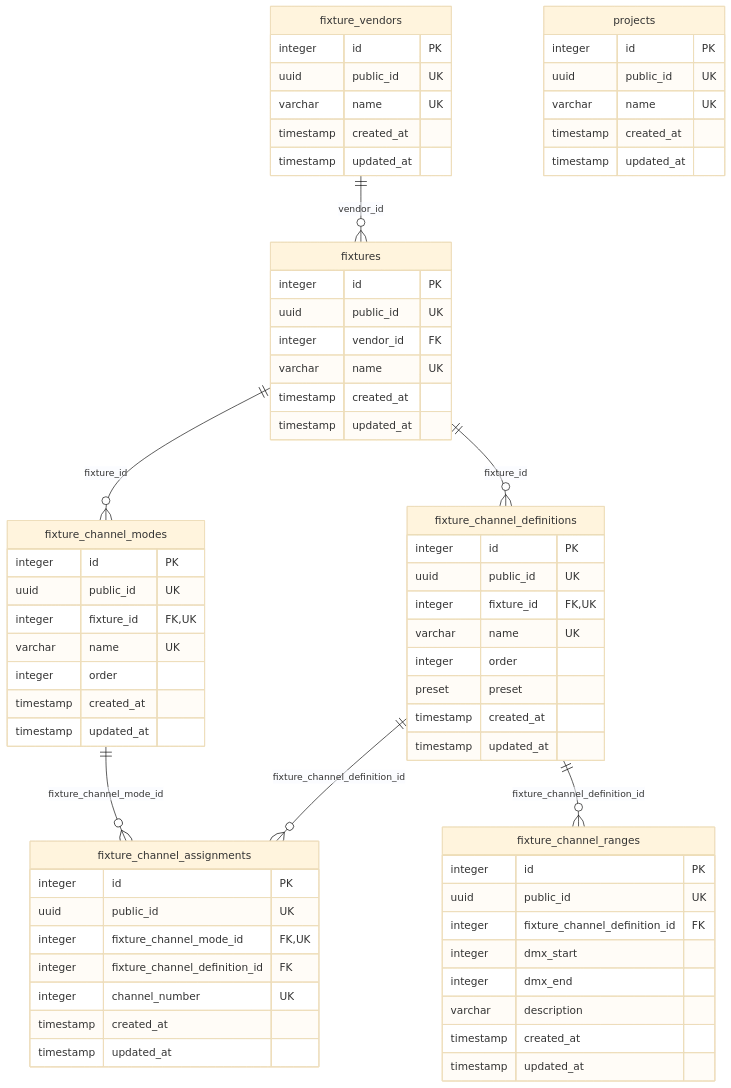
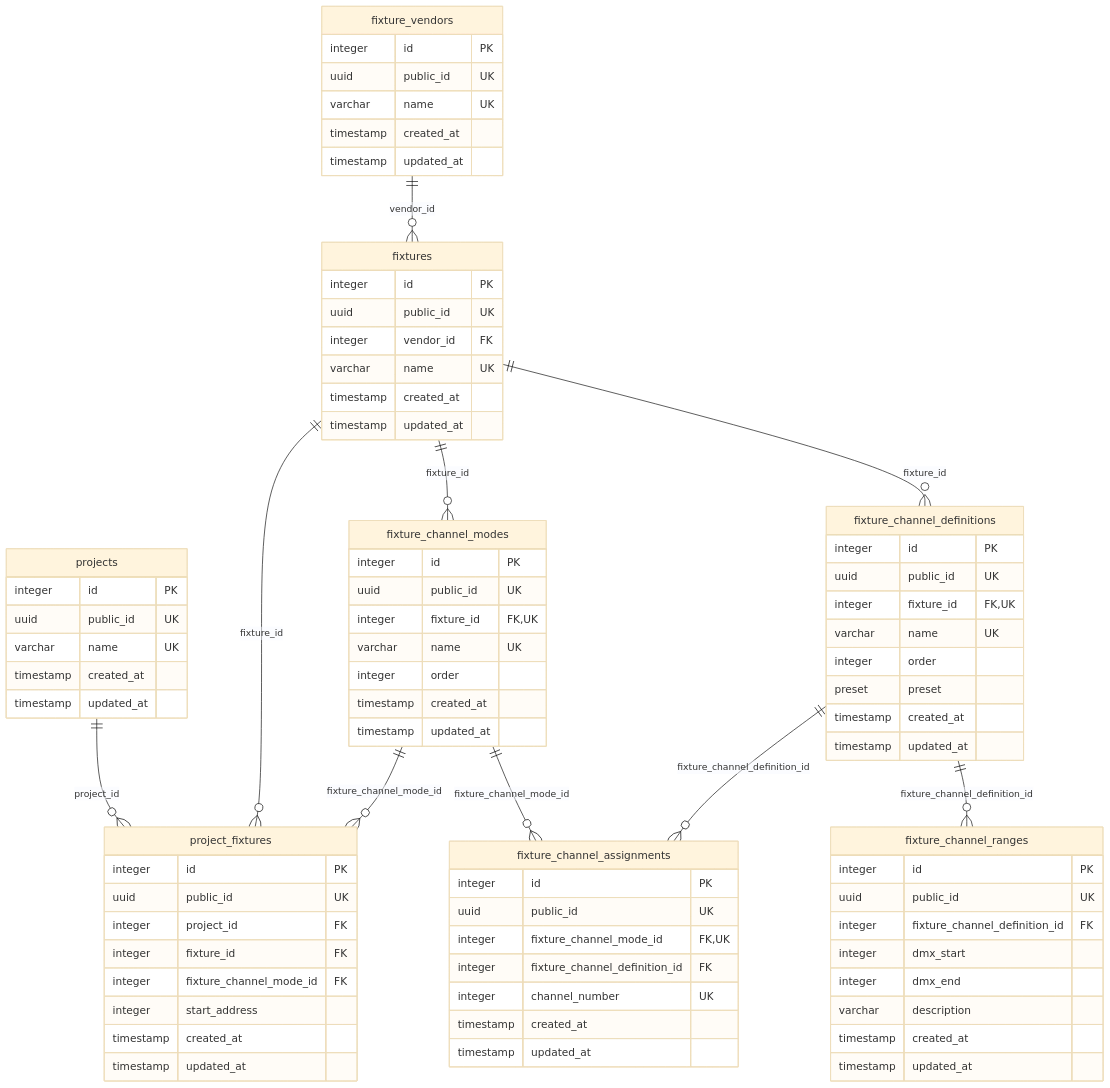
The diagram in apps/backend/docs/database-schema.md (hsimpson/dmx-light-control), drawn with Mermaid (base theme) before and after one commit. The commit also changed 132 other files, not shown here.

First line of the commit message:
feat: project fixtures (#3)

````diff
--- a/apps/backend/docs/database-schema.md
+++ b/apps/backend/docs/database-schema.md
@@ -5,69 +5,82 @@
 ```mermaid
 erDiagram
     fixture_vendors ||--o{ fixtures : "vendor_id"
     fixture_channel_modes ||--o{ fixture_channel_assignments : "fixture_channel_mode_id"
     fixture_channel_definitions ||--o{ fixture_channel_assignments : "fixture_channel_definition_id"
     fixtures ||--o{ fixture_channel_definitions : "fixture_id"
     fixtures ||--o{ fixture_channel_modes : "fixture_id"
     fixture_channel_definitions ||--o{ fixture_channel_ranges : "fixture_channel_definition_id"
+    projects ||--o{ project_fixtures : "project_id"
+    fixtures ||--o{ project_fixtures : "fixture_id"
+    fixture_channel_modes ||--o{ project_fixtures : "fixture_channel_mode_id"
     fixtures {
         integer id PK
         uuid public_id UK
         integer vendor_id FK
         varchar name UK
         timestamp created_at
         timestamp updated_at
     }
     fixture_channel_assignments {
         integer id PK
         uuid public_id UK
         integer fixture_channel_mode_id FK,UK
         integer fixture_channel_definition_id FK
         integer channel_number UK
         timestamp created_at
         timestamp updated_at
     }
     fixture_channel_definitions {
         integer id PK
         uuid public_id UK
         integer fixture_id FK,UK
         varchar name UK
         integer order
         preset preset
         timestamp created_at
         timestamp updated_at
     }
     fixture_channel_modes {
         integer id PK
         uuid public_id UK
         integer fixture_id FK,UK
         varchar name UK
         integer order
         timestamp created_at
         timestamp updated_at
     }
     fixture_channel_ranges {
         integer id PK
         uuid public_id UK
         integer fixture_channel_definition_id FK
         integer dmx_start
         integer dmx_end
         varchar description
         timestamp created_at
         timestamp updated_at
     }
     fixture_vendors {
         integer id PK
         uuid public_id UK
         varchar name UK
         timestamp created_at
         timestamp updated_at
     }
     projects {
         integer id PK
         uuid public_id UK
         varchar name UK
         timestamp created_at
         timestamp updated_at
     }
+    project_fixtures {
+        integer id PK
+        uuid public_id UK
+        integer project_id FK
+        integer fixture_id FK
+        integer fixture_channel_mode_id FK
+        integer start_address
+        timestamp created_at
+        timestamp updated_at
+    }
 ```
````
